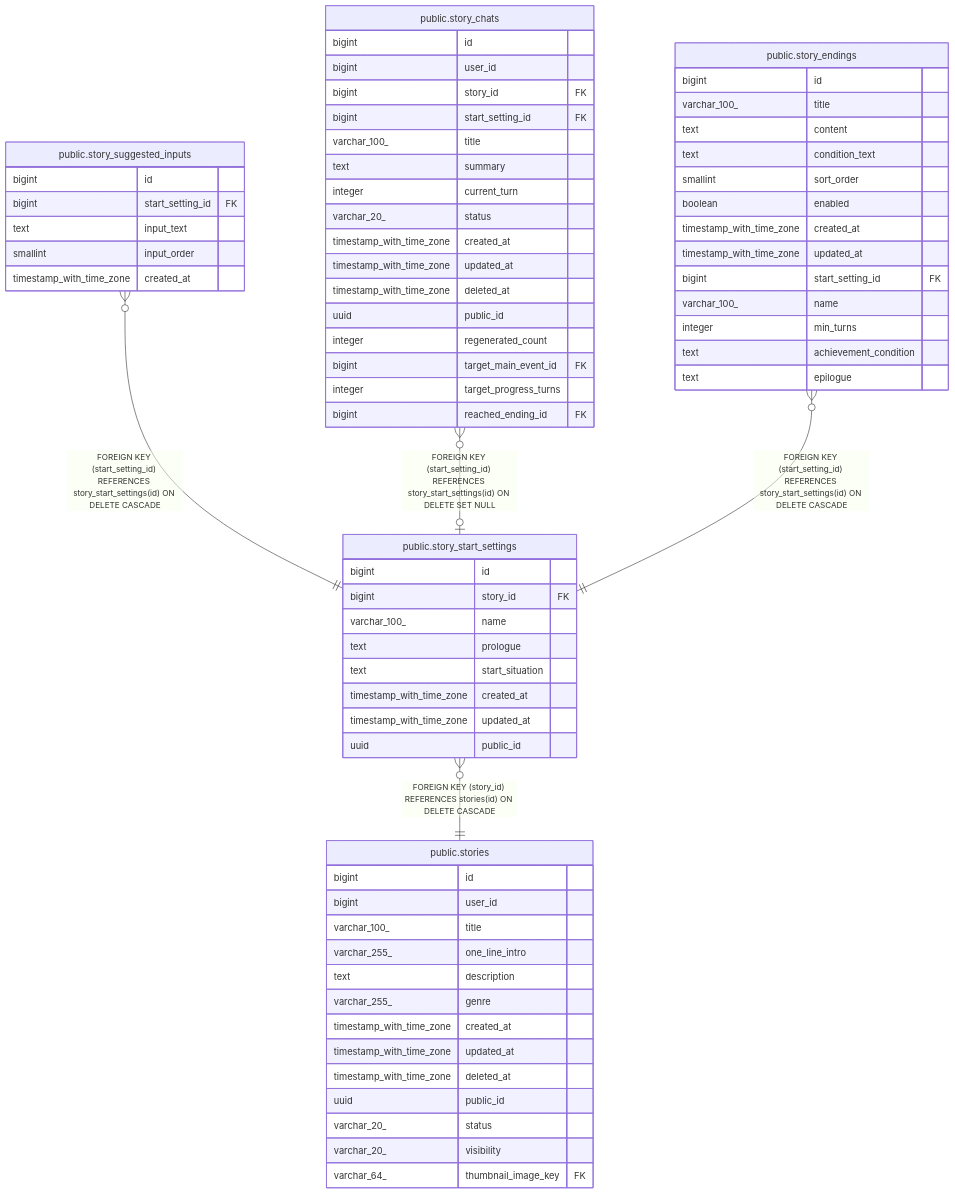
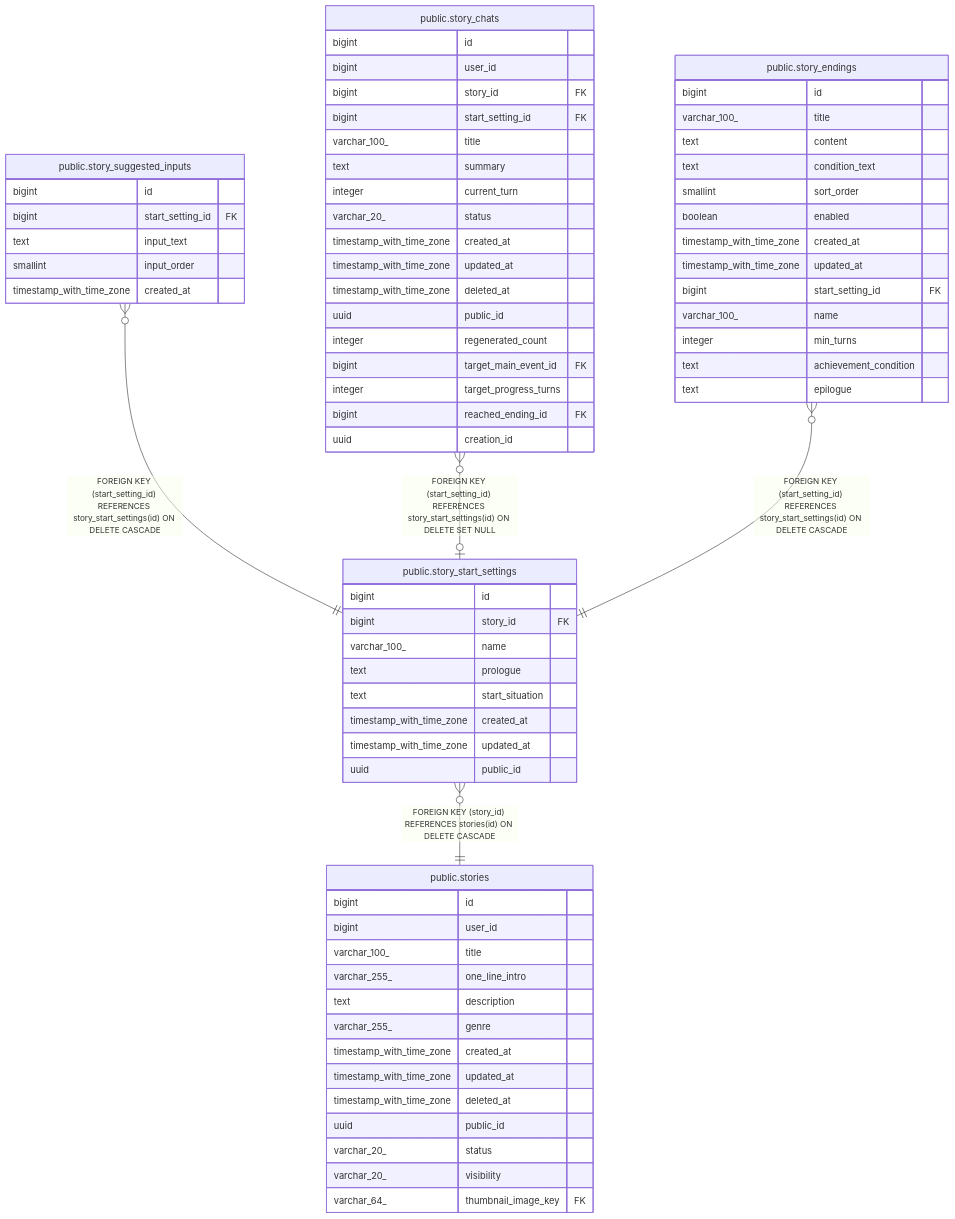
One commit to KIM-N-KANG/manyak-server changed the diagram in dbdoc/public.story_start_settings.md. Above: the diagram before and after it, drawn with Mermaid. The commit also changed 44 other files, not shown here.

````diff
--- a/dbdoc/public.story_start_settings.md
+++ b/dbdoc/public.story_start_settings.md
@@ -34,74 +34,75 @@
 ```mermaid
 erDiagram
 
 "public.story_suggested_inputs" }o--|| "public.story_start_settings" : "FOREIGN KEY (start_setting_id) REFERENCES story_start_settings(id) ON DELETE CASCADE"
 "public.story_chats" }o--o| "public.story_start_settings" : "FOREIGN KEY (start_setting_id) REFERENCES story_start_settings(id) ON DELETE SET NULL"
 "public.story_endings" }o--|| "public.story_start_settings" : "FOREIGN KEY (start_setting_id) REFERENCES story_start_settings(id) ON DELETE CASCADE"
 "public.story_start_settings" }o--|| "public.stories" : "FOREIGN KEY (story_id) REFERENCES stories(id) ON DELETE CASCADE"
 
 "public.story_start_settings" {
   bigint id
   bigint story_id FK
   varchar_100_ name
   text prologue
   text start_situation
   timestamp_with_time_zone created_at
   timestamp_with_time_zone updated_at
   uuid public_id
 }
 "public.story_suggested_inputs" {
   bigint id
   bigint start_setting_id FK
   text input_text
   smallint input_order
   timestamp_with_time_zone created_at
 }
 "public.story_chats" {
   bigint id
   bigint user_id
   bigint story_id FK
   bigint start_setting_id FK
   varchar_100_ title
   text summary
   integer current_turn
   varchar_20_ status
   timestamp_with_time_zone created_at
   timestamp_with_time_zone updated_at
   timestamp_with_time_zone deleted_at
   uuid public_id
   integer regenerated_count
   bigint target_main_event_id FK
   integer target_progress_turns
   bigint reached_ending_id FK
+  uuid creation_id
 }
 "public.story_endings" {
   bigint id
   varchar_100_ title
   text content
   text condition_text
   smallint sort_order
   boolean enabled
   timestamp_with_time_zone created_at
   timestamp_with_time_zone updated_at
   bigint start_setting_id FK
   varchar_100_ name
   integer min_turns
   text achievement_condition
   text epilogue
 }
 "public.stories" {
   bigint id
   bigint user_id
   varchar_100_ title
   varchar_255_ one_line_intro
   text description
   varchar_255_ genre
   timestamp_with_time_zone created_at
   timestamp_with_time_zone updated_at
   timestamp_with_time_zone deleted_at
   uuid public_id
   varchar_20_ status
   varchar_20_ visibility
   varchar_64_ thumbnail_image_key FK
 }
 ```
````
